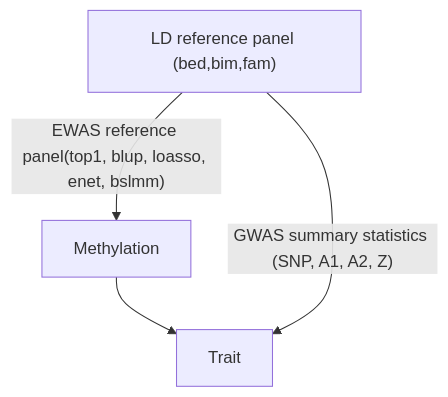
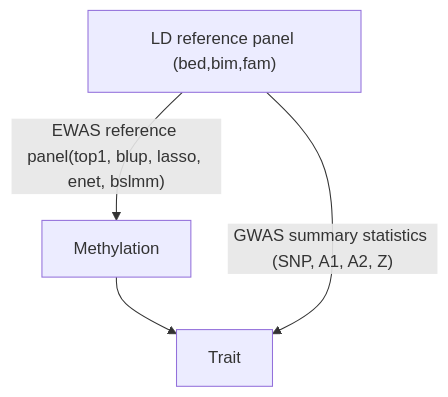
One commit to jinghuazhao/EWAS-fusion changed the first of 2 diagrams in README.md. Above: the diagram before and after it, drawn with Mermaid. The commit also changed other lines of this file, not shown here.

````diff
--- a/README.md
+++ b/README.md
@@ -31,6 +31,6 @@
 ```mermaid
 graph TB;
-SNP["LD reference panel (bed,bim,fam)"] --> |"EWAS reference panel(top1, blup, loasso, enet, bslmm)"| Methylation;
+SNP["LD reference panel (bed,bim,fam)"] --> |"EWAS reference panel(top1, blup, lasso, enet, bslmm)"| Methylation;
 Methylation --> Trait;
 SNP --> |"GWAS summary statistics (SNP, A1, A2, Z)"| Trait;
 ```
````
